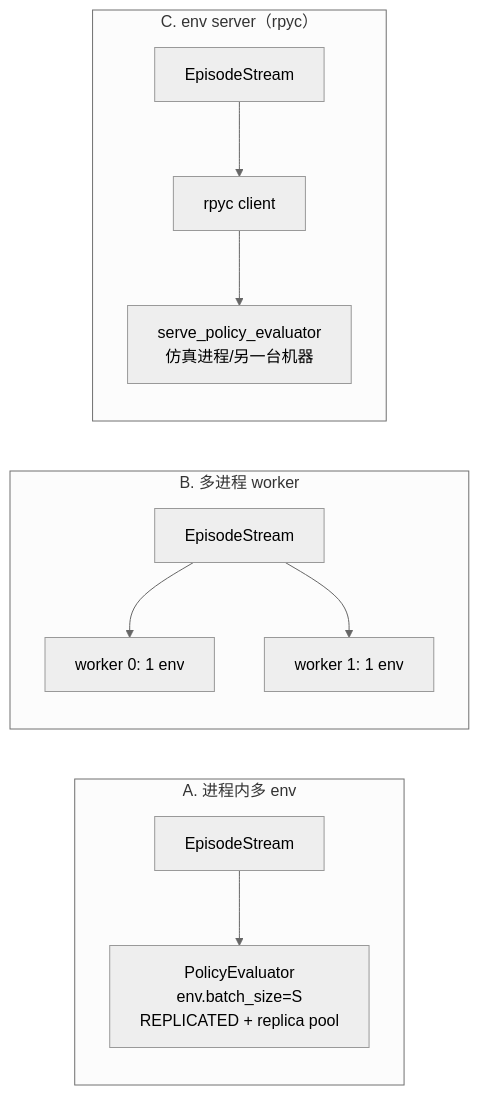
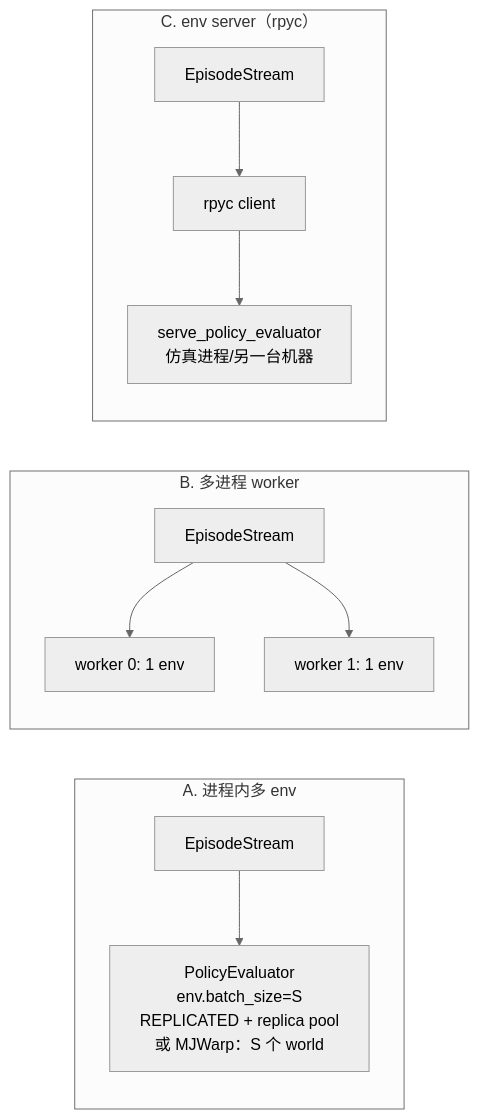
Before and after one commit to OpenGHz/auto-atomic-operation: the diagram in docs/design/streaming-data-loader-design.md, drawn with Mermaid (neutral theme). The commit also changed other lines of this file, not shown here.

````diff
--- a/docs/design/streaming-data-loader-design.md
+++ b/docs/design/streaming-data-loader-design.md
@@ -393,14 +484,14 @@
 ```mermaid
 flowchart LR
   subgraph A["A. 进程内多 env"]
-    S1[EpisodeStream] --> E1[PolicyEvaluator<br/>env.batch_size=S<br/>REPLICATED + replica pool]
+    S1[EpisodeStream] --> E1[PolicyEvaluator<br/>env.batch_size=S<br/>REPLICATED + replica pool<br/>或 MJWarp：S 个 world]
   end
   subgraph B["B. 多进程 worker"]
     S2[EpisodeStream] --> W1[worker 0: 1 env]
     S2 --> W2[worker 1: 1 env]
   end
   subgraph C["C. env server（rpyc）"]
     S3[EpisodeStream] --> R[rpyc client]
     R --> SRV[serve_policy_evaluator<br/>仿真进程/另一台机器]
   end
 ```
````
